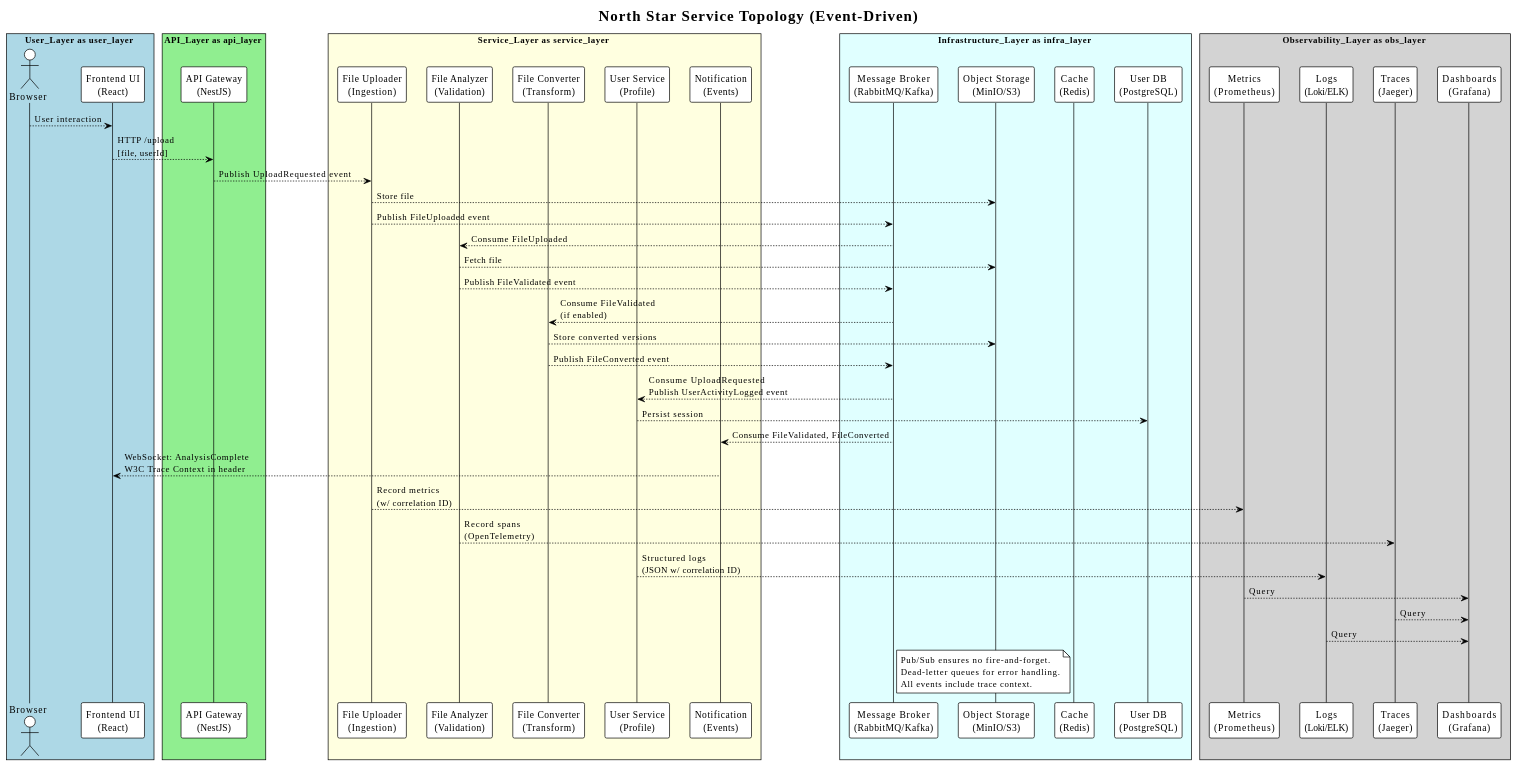
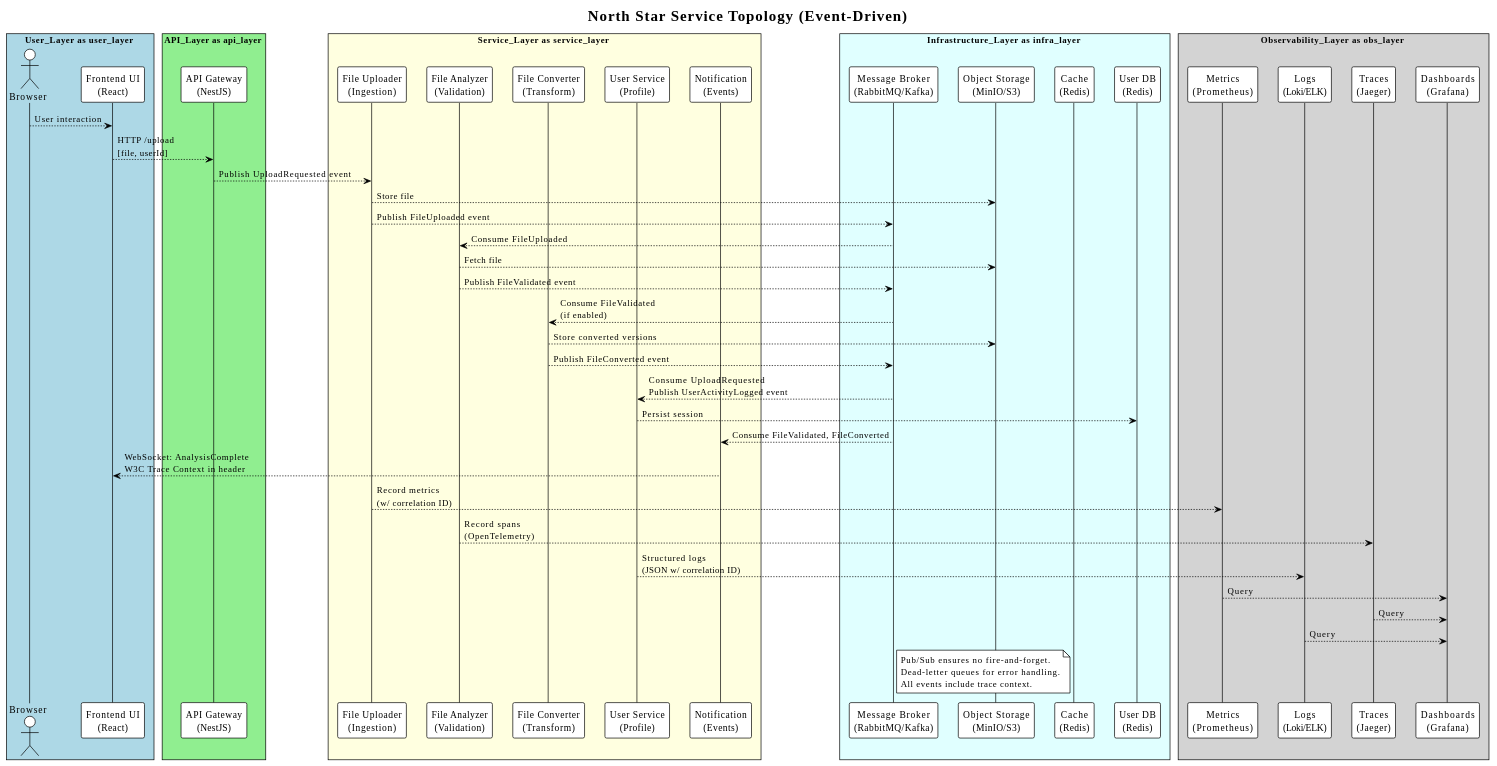
The second of 2 diagrams in ARCHITECTURE.adoc (sebastianluczak/microservices-fun), drawn with PlantUML before and after one commit. The commit also changed other lines of this file and 7 other files, not shown here.

```diff
--- a/ARCHITECTURE.adoc
+++ b/ARCHITECTURE.adoc
@@ -585,75 +585,75 @@
 [plantuml, north-star-topology, svg]
 ----
 @startuml
 !theme plain
 skinparam backgroundColor #ffffff
 
 title North Star Service Topology (Event-Driven)
 
 box User_Layer as user_layer #lightblue
   actor Browser
   participant "Frontend UI\n(React)" as frontend
 end box
 
 box API_Layer as api_layer #lightgreen 
   participant "API Gateway\n(NestJS)" as api_gateway
 end box
 
 box Service_Layer as service_layer #lightyellow 
   participant "File Uploader\n(Ingestion)" as uploader
   participant "File Analyzer\n(Validation)" as analyzer
   participant "File Converter\n(Transform)" as converter
   participant "User Service\n(Profile)" as user_service
   participant "Notification\n(Events)" as notifier
 end box
 
 box Infrastructure_Layer as infra_layer #lightcyan
   participant "Message Broker\n(RabbitMQ/Kafka)" as broker
   participant "Object Storage\n(MinIO/S3)" as storage
   participant "Cache\n(Redis)" as cache
-  participant "User DB\n(PostgreSQL)" as user_db
+  participant "User DB\n(Redis)" as user_db
 end box
 
 box Observability_Layer as obs_layer #lightgray
   participant "Metrics\n(Prometheus)" as prometheus
   participant "Logs\n(Loki/ELK)" as logs
   participant "Traces\n(Jaeger)" as traces
   participant "Dashboards\n(Grafana)" as grafana
 end box
 
 Browser --> frontend : User interaction
 frontend --> api_gateway : HTTP /upload\n[file, userId]
 api_gateway --> uploader : Publish UploadRequested event
 uploader --> storage : Store file
 uploader --> broker : Publish FileUploaded event
 
 broker --> analyzer : Consume FileUploaded
 analyzer --> storage : Fetch file
 analyzer --> broker : Publish FileValidated event
 
 broker --> converter : Consume FileValidated\n(if enabled)
 converter --> storage : Store converted versions
 converter --> broker : Publish FileConverted event
 
 broker --> user_service : Consume UploadRequested\nPublish UserActivityLogged event
 user_service --> user_db : Persist session
 
 broker --> notifier : Consume FileValidated, FileConverted
 notifier --> frontend : WebSocket: AnalysisComplete\nW3C Trace Context in header
 
 uploader --> prometheus : Record metrics\n(w/ correlation ID)
 analyzer --> traces : Record spans\n(OpenTelemetry)
 user_service --> logs : Structured logs\n(JSON w/ correlation ID)
 
 prometheus --> grafana : Query
 traces --> grafana : Query
 logs --> grafana : Query
 
 note right of broker
   Pub/Sub ensures no fire-and-forget.
   Dead-letter queues for error handling.
   All events include trace context.
 end note
 
 @enduml
 ----
```
